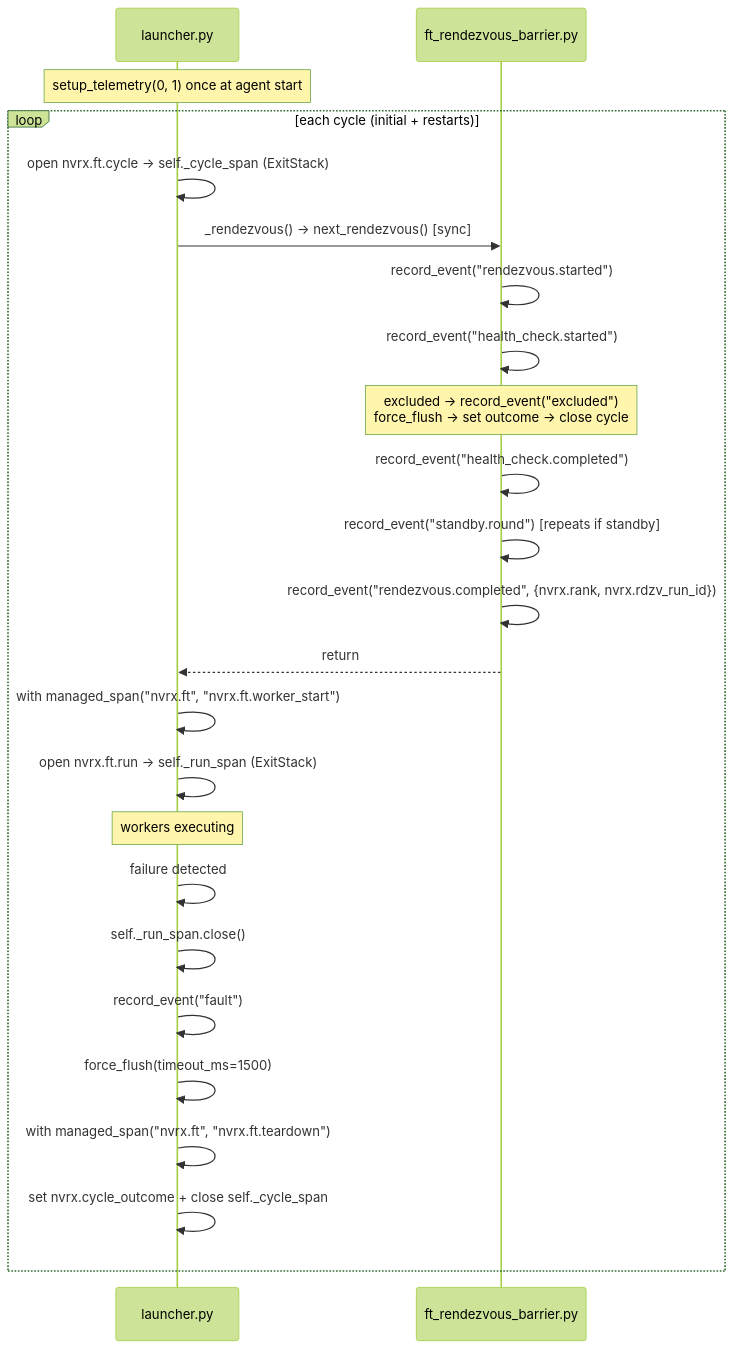
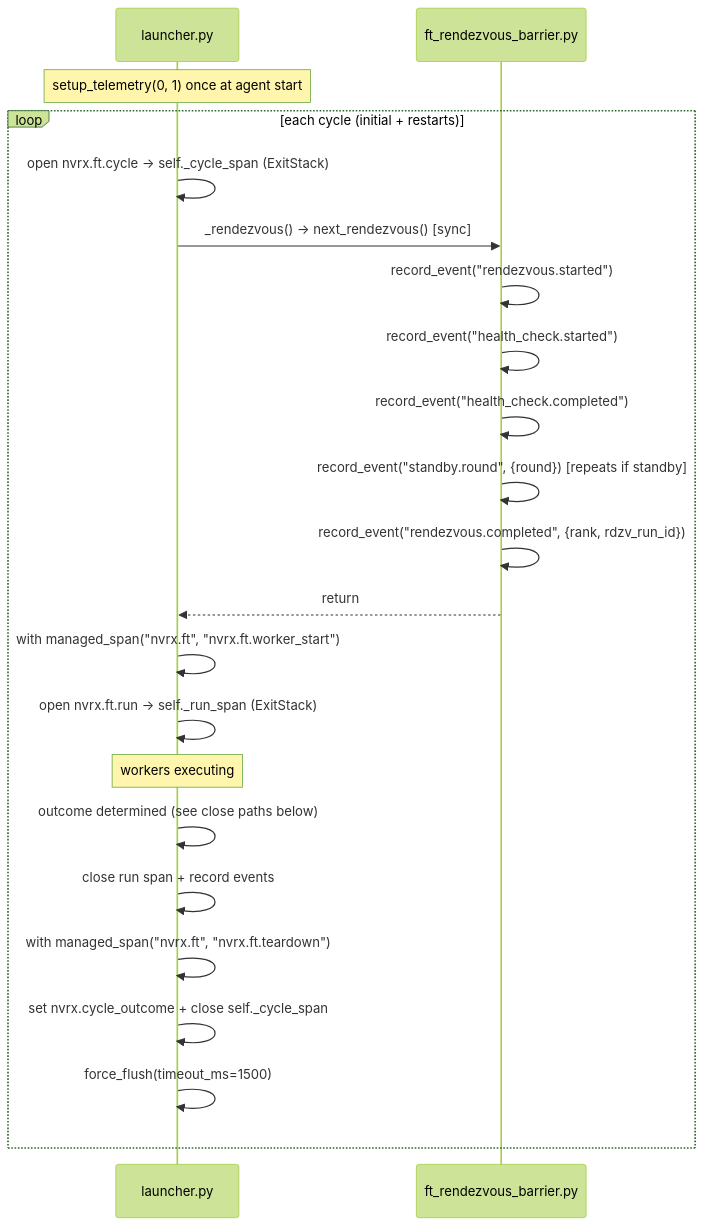
Before and after one commit to NVIDIA/nvidia-resiliency-ext: the third of 4 diagrams in docs/design/telemetry/NEMO_LENS.md, drawn with Mermaid (forest theme). The commit also changed other lines of this file, not shown here.

````diff
--- a/docs/design/telemetry/NEMO_LENS.md
+++ b/docs/design/telemetry/NEMO_LENS.md
@@ -200,28 +208,26 @@
 ```mermaid
 sequenceDiagram
     participant L as launcher.py
     participant R as ft_rendezvous_barrier.py
 
     Note over L: setup_telemetry(0, 1) once at agent start
 
     loop each cycle (initial + restarts)
         L->>L: open nvrx.ft.cycle → self._cycle_span (ExitStack)
         L->>R: _rendezvous() → next_rendezvous() [sync]
         R->>R: record_event("rendezvous.started")
         R->>R: record_event("health_check.started")
-        Note over R: excluded → record_event("excluded")<br/>force_flush → set outcome → close cycle
         R->>R: record_event("health_check.completed")
-        R->>R: record_event("standby.round") [repeats if standby]
-        R->>R: record_event("rendezvous.completed", {nvrx.rank, nvrx.rdzv_run_id})
+        R->>R: record_event("standby.round", {round}) [repeats if standby]
+        R->>R: record_event("rendezvous.completed", {rank, rdzv_run_id})
         R-->>L: return
         L->>L: with managed_span("nvrx.ft", "nvrx.ft.worker_start")
         L->>L: open nvrx.ft.run → self._run_span (ExitStack)
         Note over L: workers executing
-        L->>L: failure detected
-        L->>L: self._run_span.close()
-        L->>L: record_event("fault")
-        L->>L: force_flush(timeout_ms=1500)
+        L->>L: outcome determined (see close paths below)
+        L->>L: close run span + record events
         L->>L: with managed_span("nvrx.ft", "nvrx.ft.teardown")
         L->>L: set nvrx.cycle_outcome + close self._cycle_span
+        L->>L: force_flush(timeout_ms=1500)
     end
 ```
````
